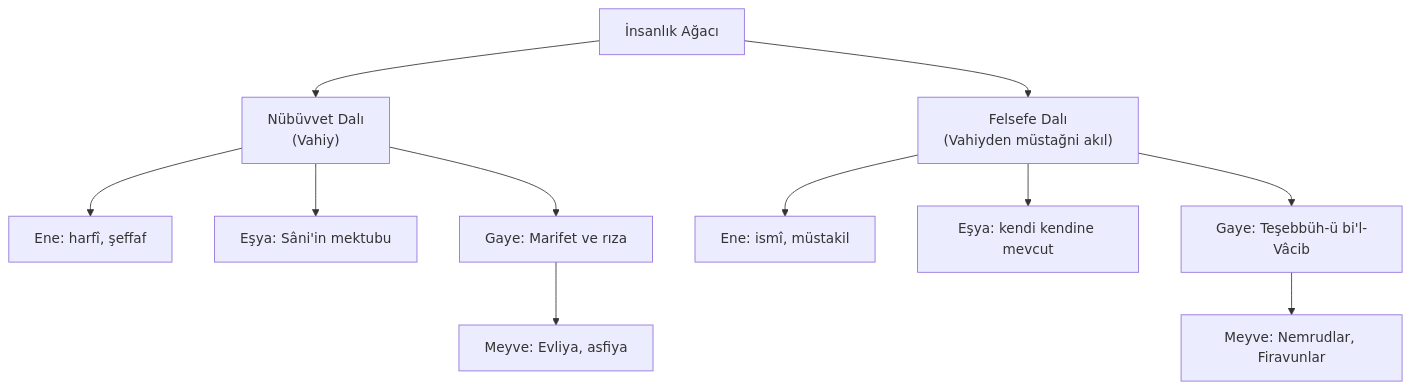
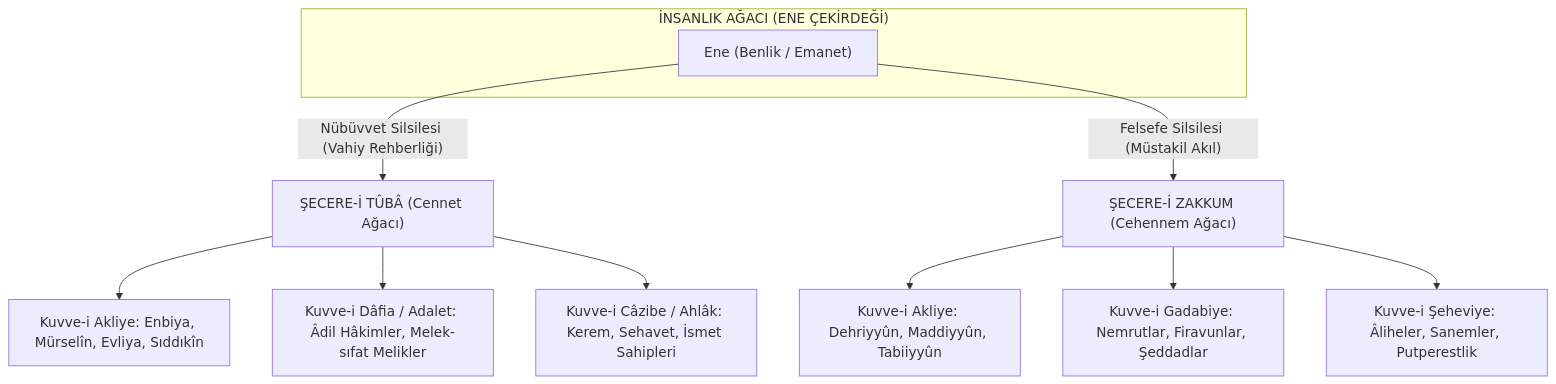
One commit to bahattinyunus/tilsim-i-kainat changed the first of 2 diagrams in docs/nubuvvet-ve-felsefe.md. Above: the diagram before and after it, drawn with Mermaid. The commit also changed other lines of this file and 8 other files, not shown here.

````diff
--- a/docs/nubuvvet-ve-felsefe.md
+++ b/docs/nubuvvet-ve-felsefe.md
@@ -11,13 +14,17 @@
 ```mermaid
 flowchart TD
-    R["İnsanlık Ağacı"] --> N["Nübüvvet Dalı<br/>(Vahiy)"]
-    R --> F["Felsefe Dalı<br/>(Vahiyden müstağni akıl)"]
-    N --> N1["Ene: harfî, şeffaf"]
-    N --> N2["Eşya: Sâni'in mektubu"]
-    N --> N3["Gaye: Marifet ve rıza"]
-    F --> F1["Ene: ismî, müstakil"]
-    F --> F2["Eşya: kendi kendine mevcut"]
-    F --> F3["Gaye: Teşebbüh-ü bi'l-Vâcib"]
-    N3 --> NS["Meyve: Evliya, asfiya"]
-    F3 --> FS["Meyve: Nemrudlar, Firavunlar"]
+    subgraph Kök["İNSANLIK AĞACI (ENE ÇEKİRDEĞİ)"]
+        E["Ene (Benlik / Emanet)"]
+    end
+    
+    E -->|"Nübüvvet Silsilesi (Vahiy Rehberliği)"| Tuba["ŞECERE-İ TÛBÂ (Cennet Ağacı)"]
+    E -->|"Felsefe Silsilesi (Müstakil Akıl)"| Zakkum["ŞECERE-İ ZAKKUM (Cehennem Ağacı)"]
+    
+    Tuba --> T1["Kuvve-i Akliye: Enbiya, Mürselîn, Evliya, Sıddıkîn"]
+    Tuba --> T2["Kuvve-i Dâfia / Adalet: Âdil Hâkimler, Melek-sıfat Melikler"]
+    Tuba --> T3["Kuvve-i Câzibe / Ahlâk: Kerem, Sehavet, İsmet Sahipleri"]
+    
+    Zakkum --> Z1["Kuvve-i Akliye: Dehriyyûn, Maddiyyûn, Tabiiyyûn"]
+    Zakkum --> Z2["Kuvve-i Gadabiye: Nemrutlar, Firavunlar, Şeddadlar"]
+    Zakkum --> Z3["Kuvve-i Şeheviye: Âliheler, Sanemler, Putperestlik"]
 ```
````
